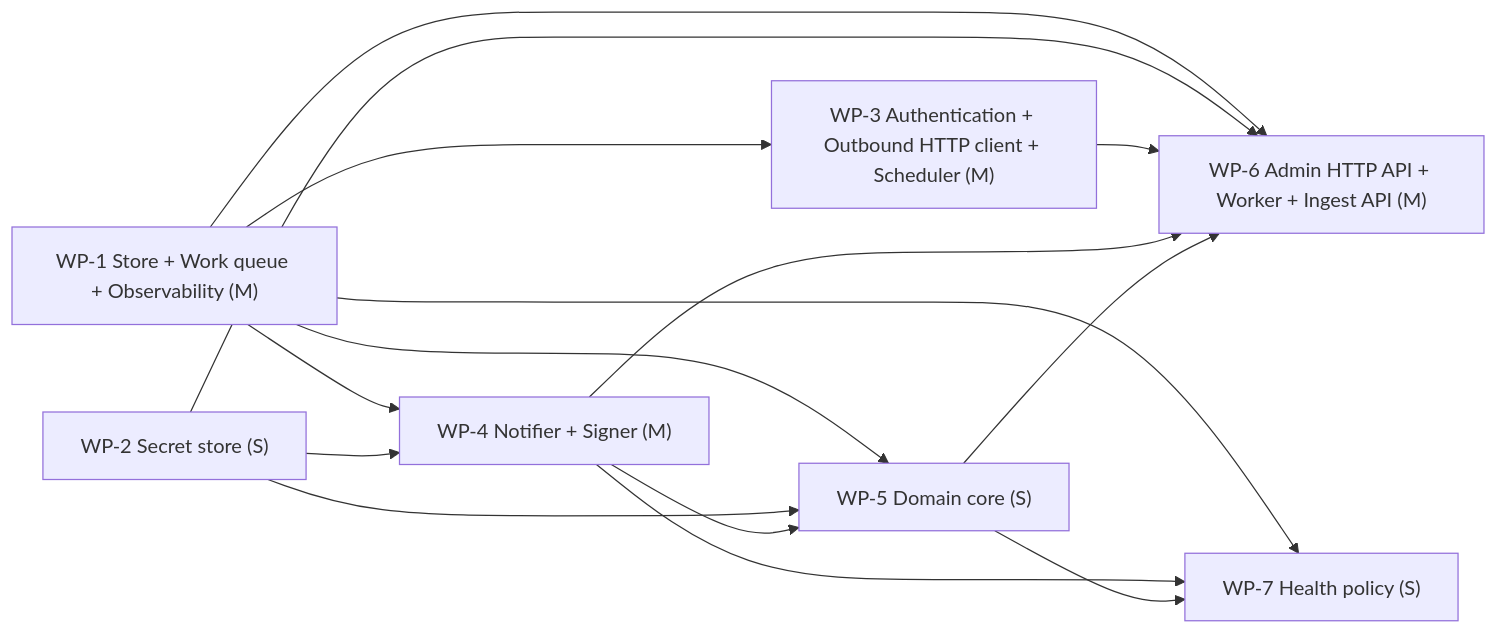
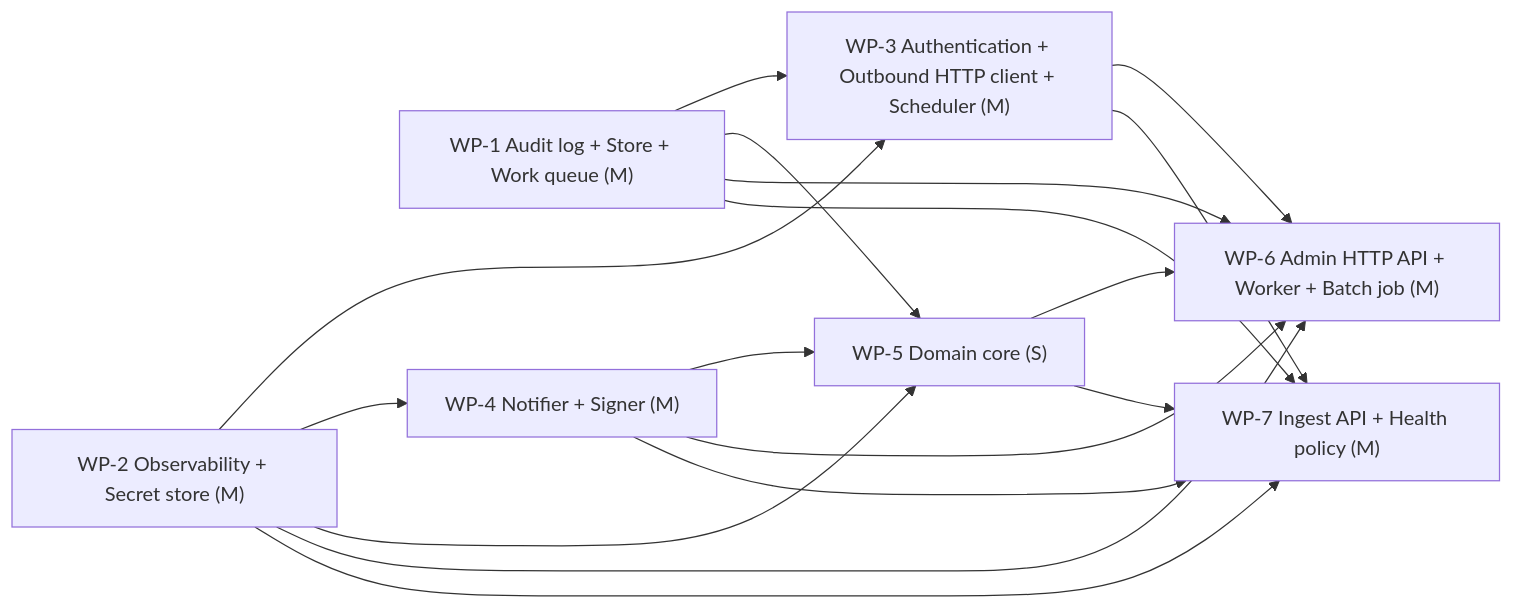
Before and after one commit to yui9696/sekkei: the eighth of 8 diagrams in examples/webhooks/DESIGN.md, drawn with Mermaid. The commit also changed other lines of this file and 27 other files, not shown here.

````diff
--- a/examples/webhooks/DESIGN.md
+++ b/examples/webhooks/DESIGN.md
@@ -871,24 +1112,26 @@
 ```mermaid
 graph LR
-  WP_1["WP-1 Store + Work queue + Observability (M)"]
-  WP_2["WP-2 Secret store (S)"]
+  WP_1["WP-1 Audit log + Store + Work queue (M)"]
+  WP_2["WP-2 Observability + Secret store (M)"]
   WP_3["WP-3 Authentication + Outbound HTTP client + Scheduler (M)"]
   WP_4["WP-4 Notifier + Signer (M)"]
   WP_5["WP-5 Domain core (S)"]
-  WP_6["WP-6 Admin HTTP API + Worker + Ingest API (M)"]
-  WP_7["WP-7 Health policy (S)"]
+  WP_6["WP-6 Admin HTTP API + Worker + Batch job (M)"]
+  WP_7["WP-7 Ingest API + Health policy (M)"]
   WP_1 --> WP_3
-  WP_1 --> WP_4
+  WP_2 --> WP_3
   WP_2 --> WP_4
   WP_1 --> WP_5
   WP_2 --> WP_5
   WP_4 --> WP_5
   WP_1 --> WP_6
   WP_2 --> WP_6
   WP_3 --> WP_6
   WP_4 --> WP_6
   WP_5 --> WP_6
   WP_1 --> WP_7
+  WP_2 --> WP_7
+  WP_3 --> WP_7
   WP_4 --> WP_7
   WP_5 --> WP_7
 ```
````
